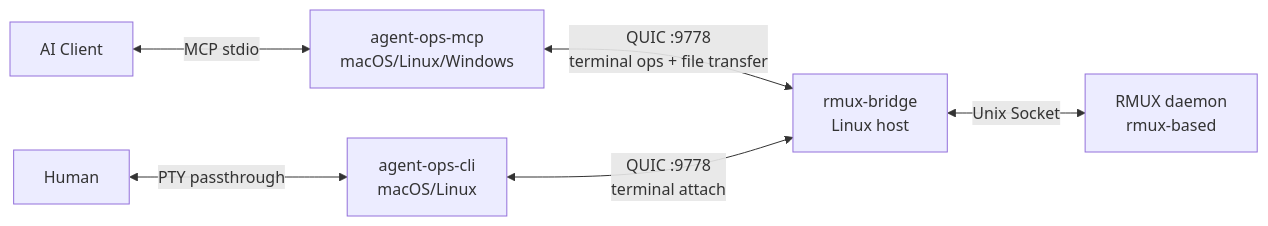
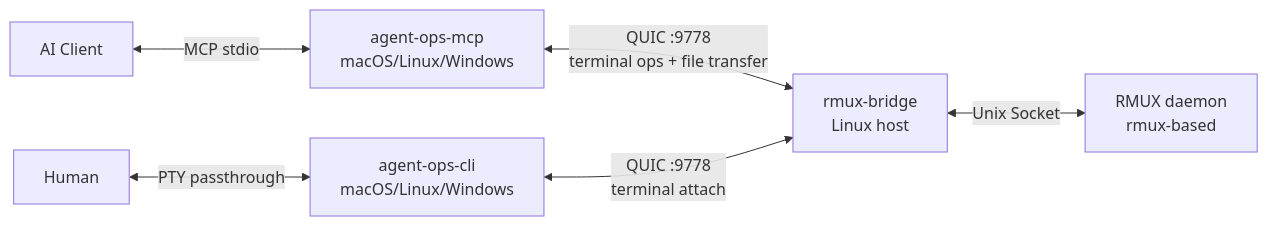
The diagram in README.md (tddh/agent-ops), drawn with Mermaid before and after one commit. The commit also changed other lines of this file and 2 other files, not shown here.

````diff
--- a/README.md
+++ b/README.md
@@ -60,8 +60,8 @@
 ```mermaid
 graph LR
     A[AI Client] <-->|MCP stdio| B[agent-ops-mcp<br/>macOS/Linux/Windows]
-    H[Human] <-->|PTY passthrough| E[agent-ops-cli<br/>macOS/Linux]
+    H[Human] <-->|PTY passthrough| E[agent-ops-cli<br/>macOS/Linux/Windows]
     B <-->|QUIC :9778<br/>terminal ops + file transfer| C[rmux-bridge<br/>Linux host]
     E <-->|QUIC :9778<br/>terminal attach| C
     C <-->|Unix Socket| D[RMUX daemon<br/>rmux-based]
 ```
````
